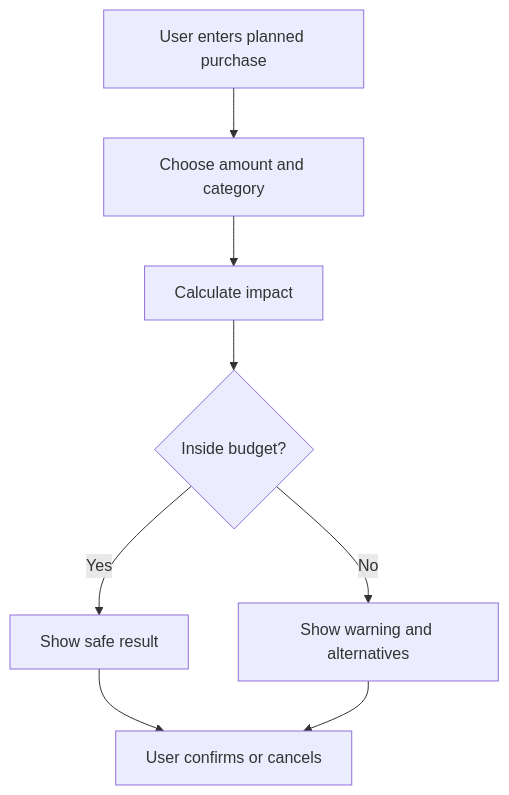
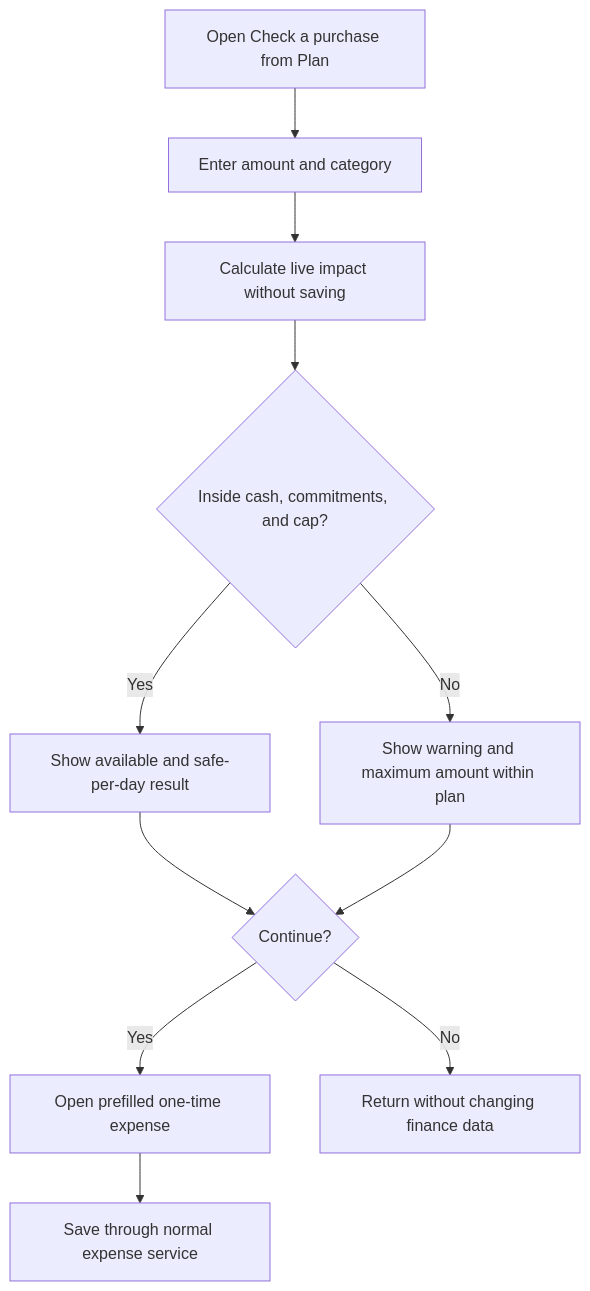
The fifth of 5 diagrams in docs/user-flow.md (DalbirSodhi/Pocket-Mate), drawn with Mermaid before and after one commit. The commit also changed other lines of this file and 10 other files, not shown here.

Commit message:
feat: add purchase impact planning

````diff
--- a/docs/user-flow.md
+++ b/docs/user-flow.md
@@ -82,10 +82,13 @@
 ```mermaid
 flowchart TD
-    A["User enters planned purchase"] --> B["Choose amount and category"]
-    B --> C["Calculate impact"]
-    C --> D{"Inside budget?"}
-    D -->|Yes| E["Show safe result"]
-    D -->|No| F["Show warning and alternatives"]
-    E --> G["User confirms or cancels"]
+    A["Open Check a purchase from Plan"] --> B["Enter amount and category"]
+    B --> C["Calculate live impact without saving"]
+    C --> D{"Inside cash, commitments, and cap?"}
+    D -->|Yes| E["Show available and safe-per-day result"]
+    D -->|No| F["Show warning and maximum amount within plan"]
+    E --> G{"Continue?"}
     F --> G
+    G -->|Yes| H["Open prefilled one-time expense"]
+    G -->|No| I["Return without changing finance data"]
+    H --> J["Save through normal expense service"]
 ```
````
